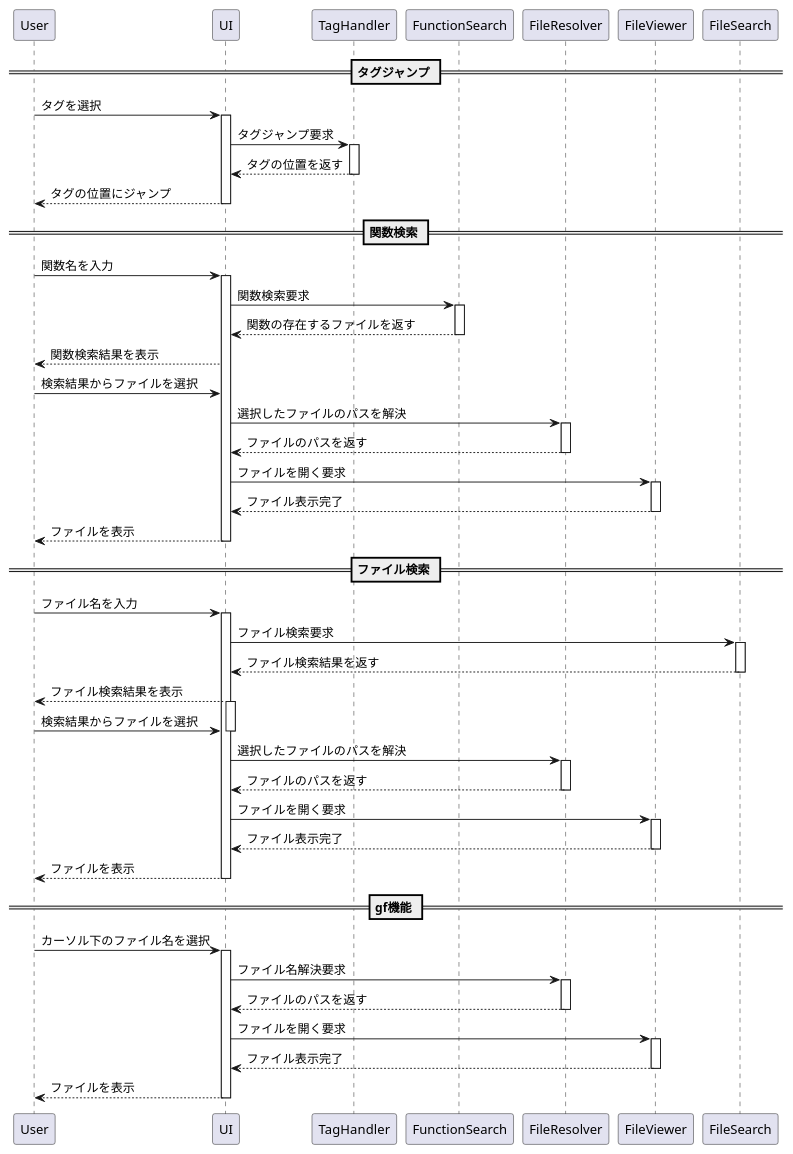
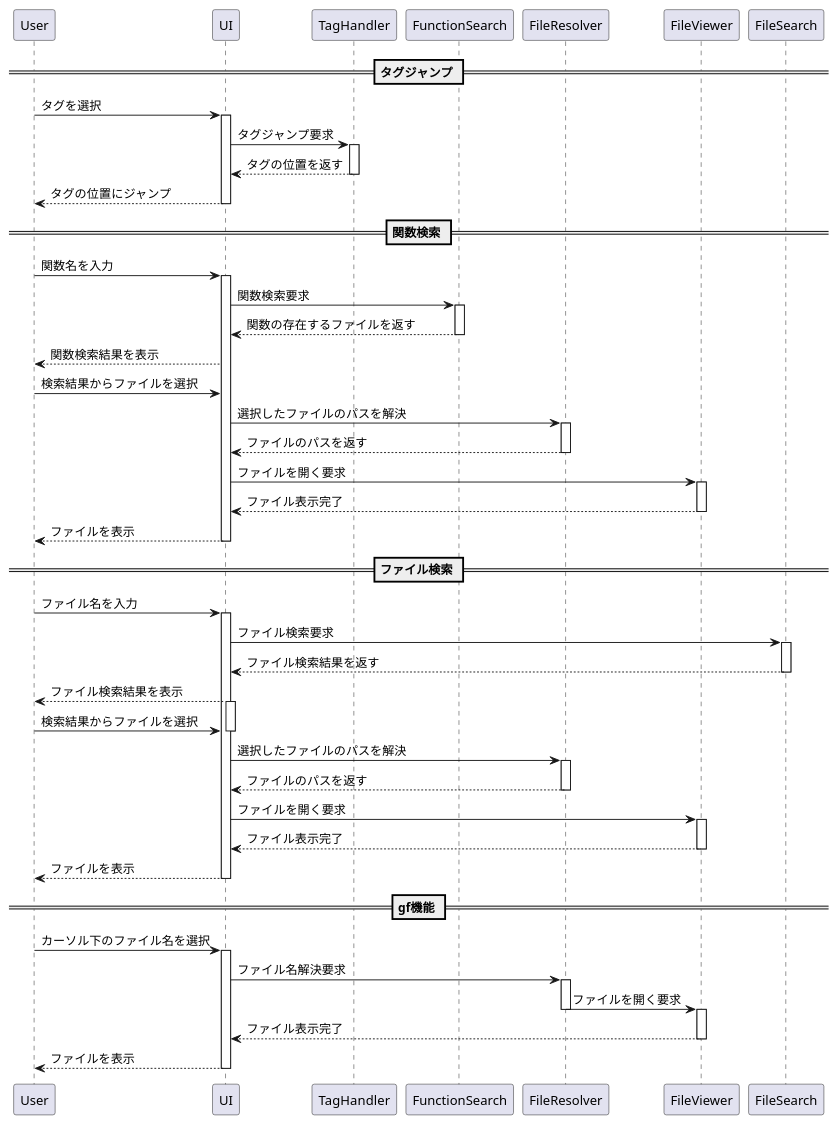
One commit to aka1ha2n3e/project00 changed the diagram in uml/Sqc_search.puml. Above: the diagram before and after it, drawn with PlantUML. The commit also changed 5 other files, not shown here.

Commit message:
シーケンス図完成

```diff
--- a/uml/Sqc_search.puml
+++ b/uml/Sqc_search.puml
@@ -1,94 +1,92 @@
 @startuml
 
 == タグジャンプ ==
 User -> UI : タグを選択
 activate UI
 
 UI -> TagHandler : タグジャンプ要求
 activate TagHandler
 
 TagHandler --> UI : タグの位置を返す
 deactivate TagHandler
 
 UI --> User : タグの位置にジャンプ
 deactivate UI
 
 == 関数検索 ==
 User -> UI : 関数名を入力
 activate UI
 
 UI -> FunctionSearch : 関数検索要求
 activate FunctionSearch
 
 FunctionSearch --> UI : 関数の存在するファイルを返す
 deactivate FunctionSearch
 
 UI --> User : 関数検索結果を表示
 
 User -> UI : 検索結果からファイルを選択
 
 UI -> FileResolver : 選択したファイルのパスを解決
 activate FileResolver
 
 FileResolver --> UI : ファイルのパスを返す
 deactivate FileResolver
 
 UI -> FileViewer : ファイルを開く要求
 activate FileViewer
 
 FileViewer --> UI : ファイル表示完了
 deactivate FileViewer
 
 UI --> User : ファイルを表示
 deactivate UI
 
 == ファイル検索 ==
 User -> UI : ファイル名を入力
 activate UI
 
 UI -> FileSearch : ファイル検索要求
 activate FileSearch
 
 FileSearch --> UI : ファイル検索結果を返す
 deactivate FileSearch
 
 UI --> User : ファイル検索結果を表示
 activate UI
 
 User -> UI : 検索結果からファイルを選択
 deactivate UI
 
 UI -> FileResolver : 選択したファイルのパスを解決
 activate FileResolver
 
 FileResolver --> UI : ファイルのパスを返す
 deactivate FileResolver
 
 UI -> FileViewer : ファイルを開く要求
 activate FileViewer
 
 FileViewer --> UI : ファイル表示完了
 deactivate FileViewer
 
 UI --> User : ファイルを表示
 deactivate UI
 
 == gf機能 ==
 User -> UI : カーソル下のファイル名を選択
 activate UI
 
 UI -> FileResolver : ファイル名解決要求
 activate FileResolver
 
-FileResolver --> UI : ファイルのパスを返す
+FileResolver -> FileViewer : ファイルを開く要求
 deactivate FileResolver
-
-UI -> FileViewer : ファイルを開く要求
 activate FileViewer
 
 FileViewer --> UI : ファイル表示完了
 deactivate FileViewer
 
 UI --> User : ファイルを表示
 deactivate UI
 @enduml
```
